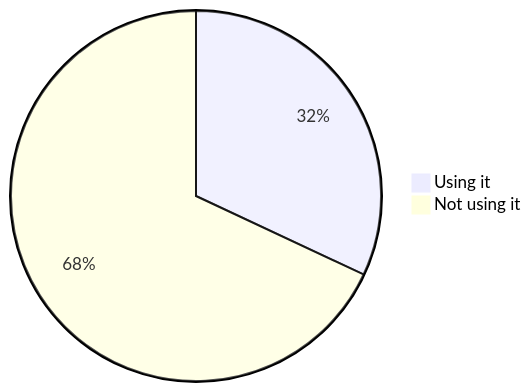
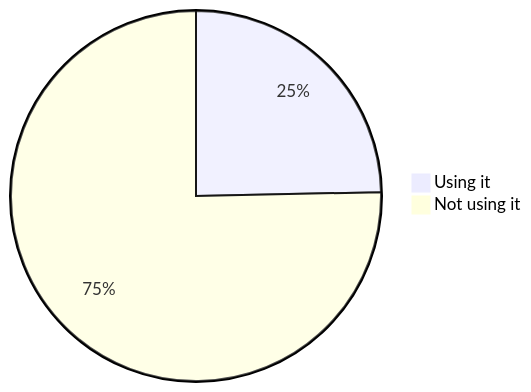
Diagram 15 of 22 in stats.md (oshp/oshp-stats), drawn with Mermaid before and after one commit. The commit also changed other lines of this file, not shown here.

````diff
--- a/stats.md
+++ b/stats.md
@@ -178,6 +178,6 @@
 ```mermaid
 pie
-	"Using it" : 31.97
-	"Not using it" : 68.03
+	"Using it" : 24.67
+	"Not using it" : 75.33
 
 ```
````
